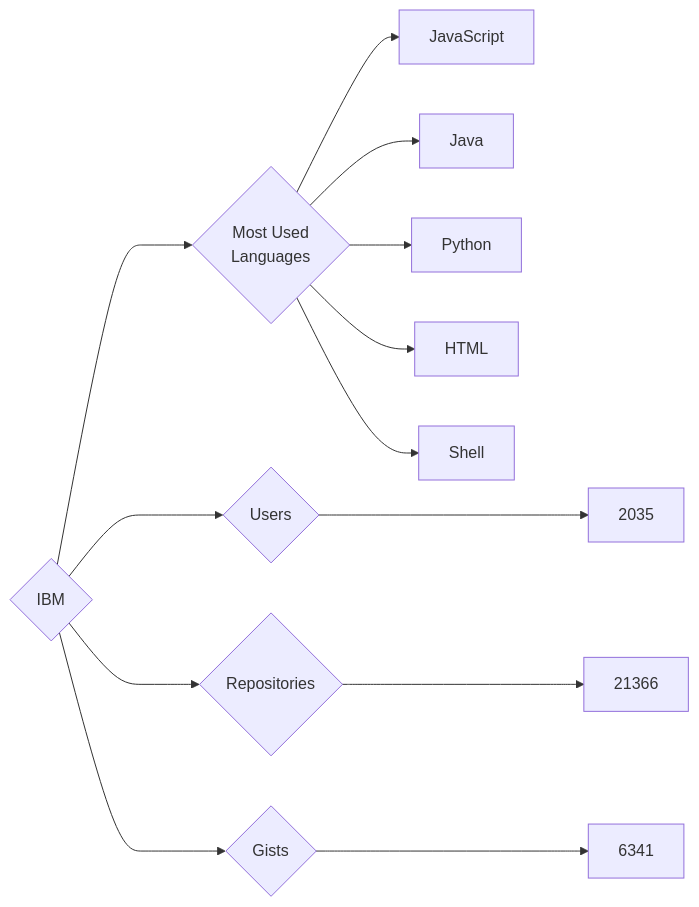
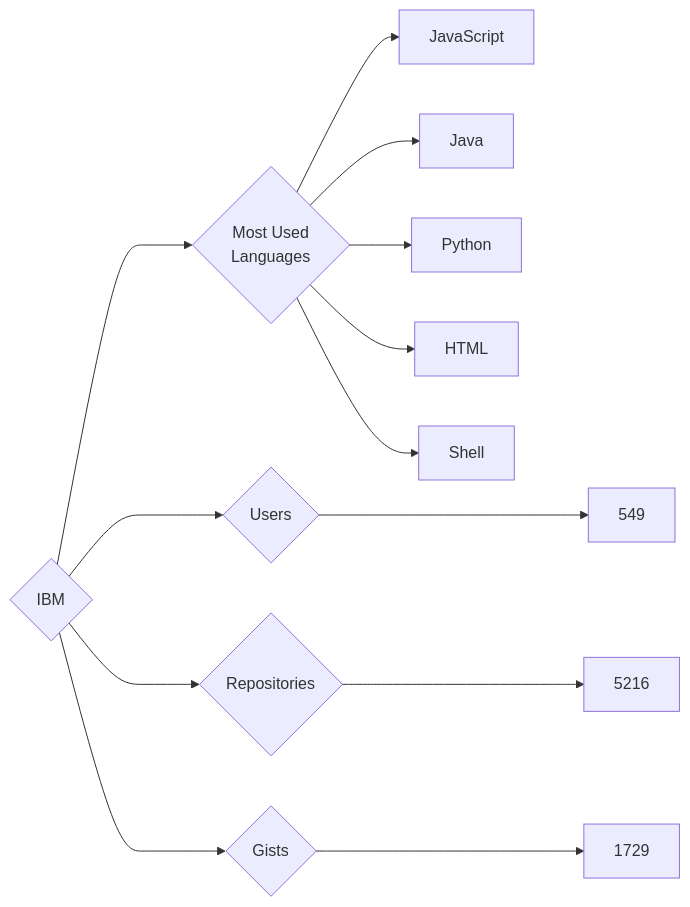
One commit to trickest/insiders changed the diagram in targets/IBM/README.md. Above: the diagram before and after it, drawn with Mermaid. The commit also changed 935 other files, not shown here.

````diff
--- a/targets/IBM/README.md
+++ b/targets/IBM/README.md
@@ -3,13 +3,13 @@
 ```mermaid
 graph LR
 COMPANY_NAME{IBM}
-COMPANY_NAME ---> U{Users} ---> UN[2035]
-COMPANY_NAME ---> R{Repositories} ---> RN[21366]
-COMPANY_NAME ---> G{Gists} ---> GN[6341]
+COMPANY_NAME ---> U{Users} ---> UN[549]
+COMPANY_NAME ---> R{Repositories} ---> RN[5216]
+COMPANY_NAME ---> G{Gists} ---> GN[1729]
 COMPANY_NAME ---> ML{Most Used<br>Languages}
 ML --> JavaScript[JavaScript]
 ML --> Java[Java]
 ML --> Python[Python]
 ML --> HTML[HTML]
 ML --> Shell[Shell]
 ```
````
